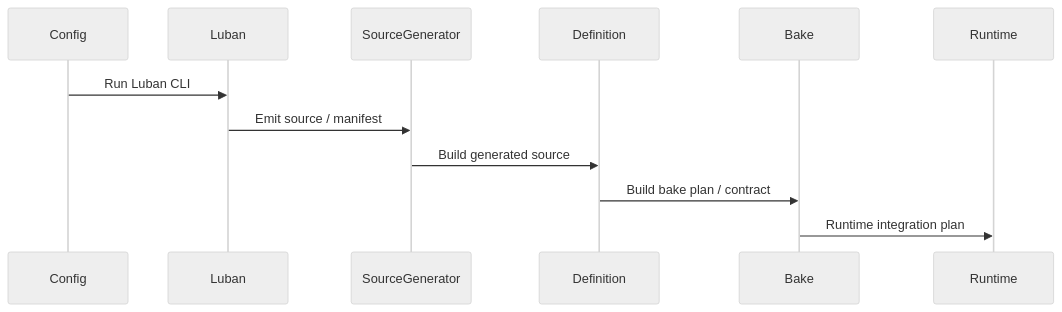
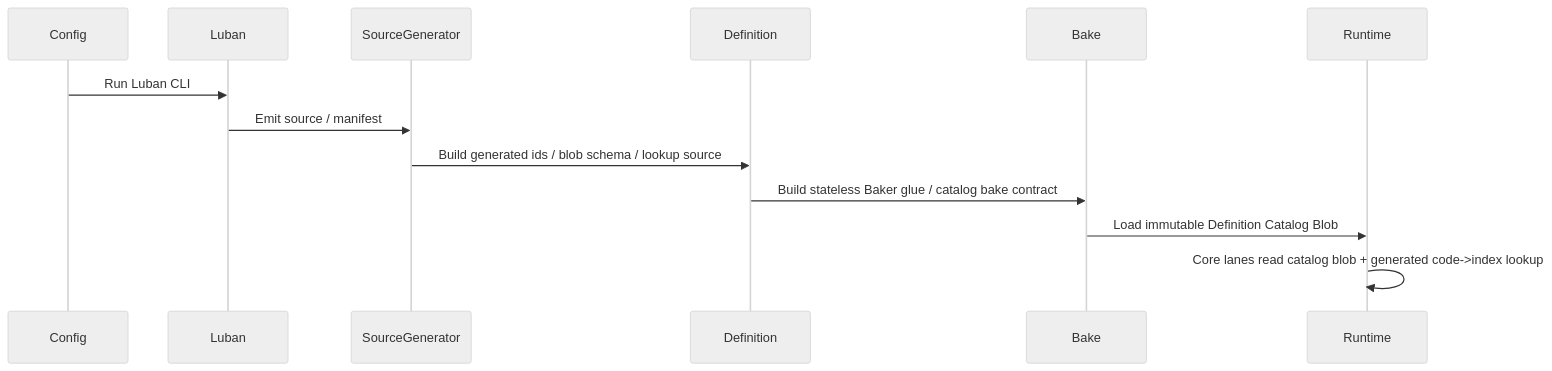
The third of 3 diagrams in 方案讨论/针对2.0的ECS架构的迭代方案讨论/01-目标态架构共识/08-Luban-SourceGenerator配置生成链路Spec.md (Bo-ki/gameplay-ability-system-for-unity), drawn with Mermaid (neutral theme) before and after one commit. The commit also changed other lines of this file and 455 other files, not shown here.

Commit message:
runtime: 重构 GAS Runtime Core DOTS 架构

````diff
--- a/方案讨论/针对2.0的ECS架构的迭代方案讨论/01-目标态架构共识/08-Luban-SourceGenerator配置生成链路Spec.md
+++ b/方案讨论/针对2.0的ECS架构的迭代方案讨论/01-目标态架构共识/08-Luban-SourceGenerator配置生成链路Spec.md
@@ -81,15 +97,16 @@
 ```mermaid
 sequenceDiagram
     participant Config
     participant Luban
     participant SourceGenerator
     participant Definition
     participant Bake
     participant Runtime
 
     Config->>Luban: Run Luban CLI
     Luban->>SourceGenerator: Emit source / manifest
-    SourceGenerator->>Definition: Build generated source
-    Definition->>Bake: Build bake plan / contract
-    Bake->>Runtime: Runtime integration plan
+    SourceGenerator->>Definition: Build generated ids / blob schema / lookup source
+    Definition->>Bake: Build stateless Baker glue / catalog bake contract
+    Bake->>Runtime: Load immutable Definition Catalog Blob
+    Runtime->>Runtime: Core lanes read catalog blob + generated code->index lookup
 ```
````
